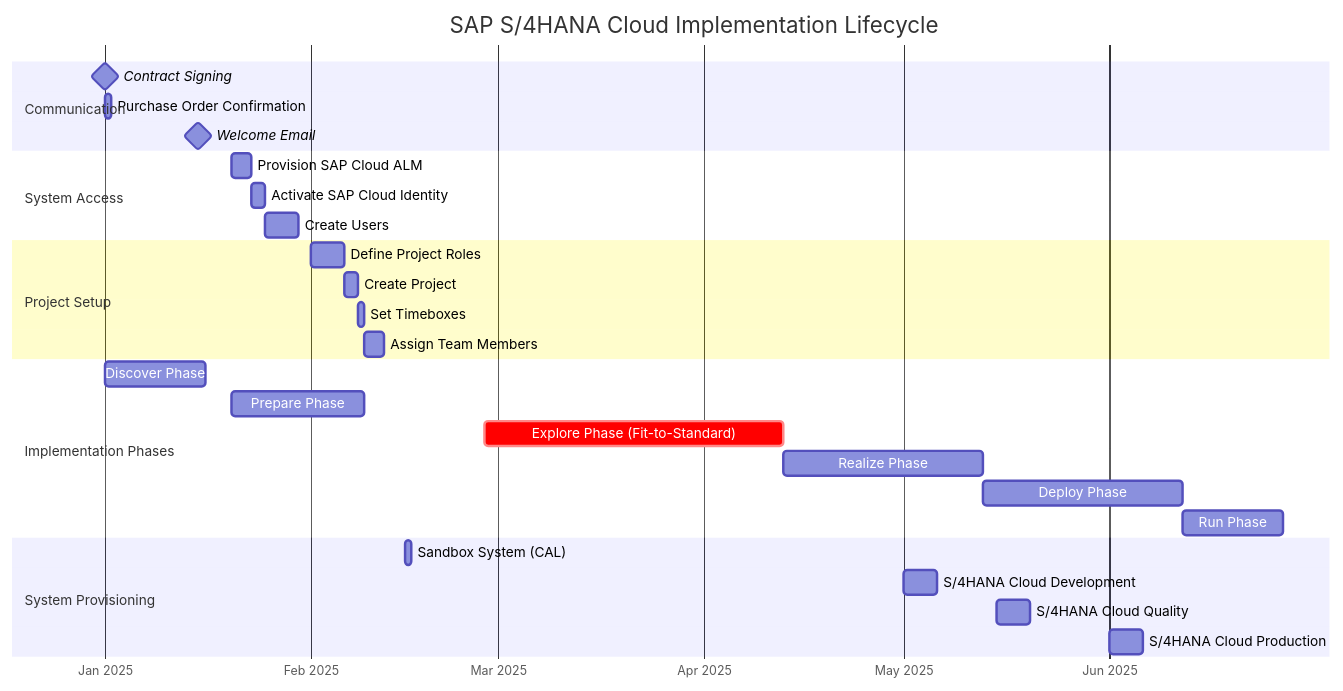
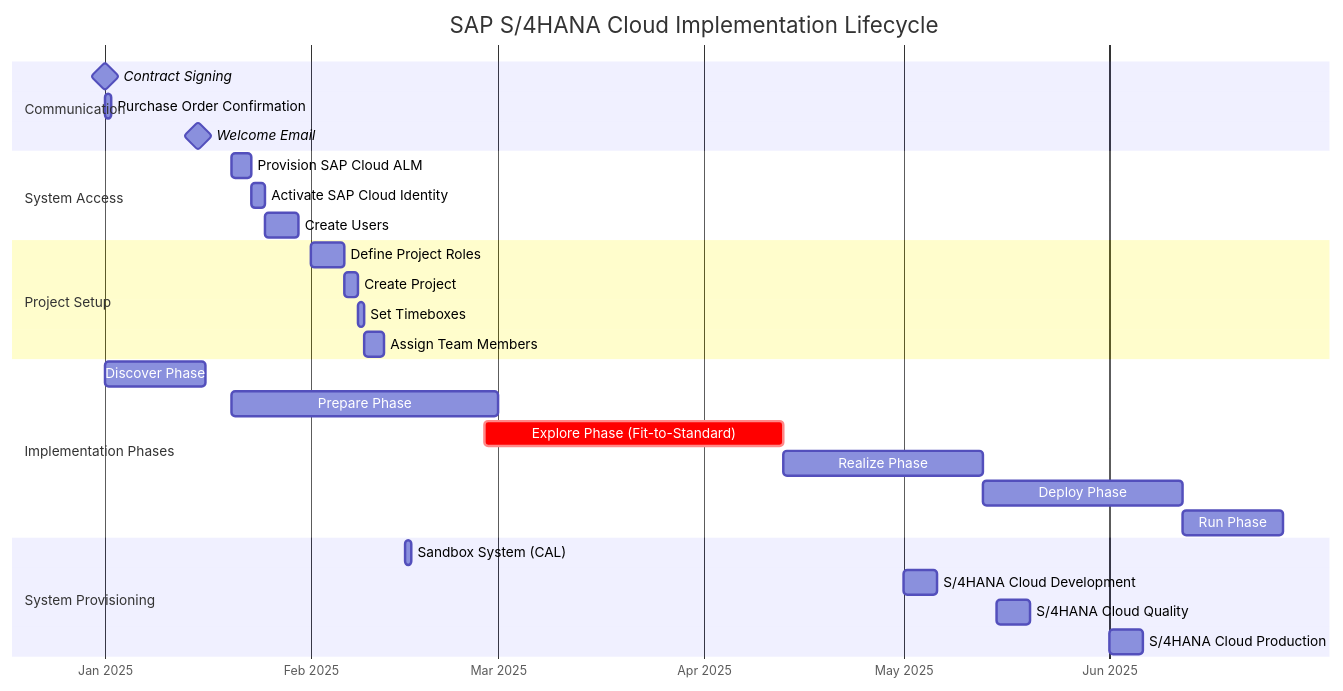
One commit to sapflashcards/S4CPE changed the diagram in s4hcpe-impl-lifecyc.md. Above: the diagram before and after it, drawn with Mermaid.

````diff
--- a/s4hcpe-impl-lifecyc.md
+++ b/s4hcpe-impl-lifecyc.md
@@ -1,36 +1,36 @@
 ```mermaid
 gantt
     title SAP S/4HANA Cloud Implementation Lifecycle
     dateFormat  YYYY-MM-DD
     axisFormat  %b %Y
     
     section Communication
     Contract Signing                 :milestone, m1, 2025-01-01, 0d
     Purchase Order Confirmation      :after m1, 1d
     Welcome Email                    :milestone, m2, 2025-01-15, 0d
     
     section System Access
     Provision SAP Cloud ALM          :2025-01-20, 3d
     Activate SAP Cloud Identity      :2025-01-23, 2d
     Create Users                     :2025-01-25, 5d
     
     section Project Setup
     Define Project Roles             :2025-02-01, 5d
     Create Project                   :2025-02-06, 2d
     Set Timeboxes                    :2025-02-08, 1d
     Assign Team Members              :2025-02-09, 3d
     
     section Implementation Phases
     Discover Phase                   :2025-01-01, 15d
-    Prepare Phase                    :2025-01-20, 20d
+    Prepare Phase                    :2025-01-20, 40d
     Explore Phase (Fit-to-Standard)  :crit, 2025-02-27, 45d
     Realize Phase                    :2025-04-13, 30d
     Deploy Phase                     :2025-05-13, 30d
     Run Phase                        :2025-06-12, 15d
     
     section System Provisioning
     Sandbox System (CAL)             :2025-02-15, 1d
     S/4HANA Cloud Development        :2025-05-01, 5d
     S/4HANA Cloud Quality            :2025-05-15, 5d
     S/4HANA Cloud Production         :2025-06-01, 5d
 ```
````
